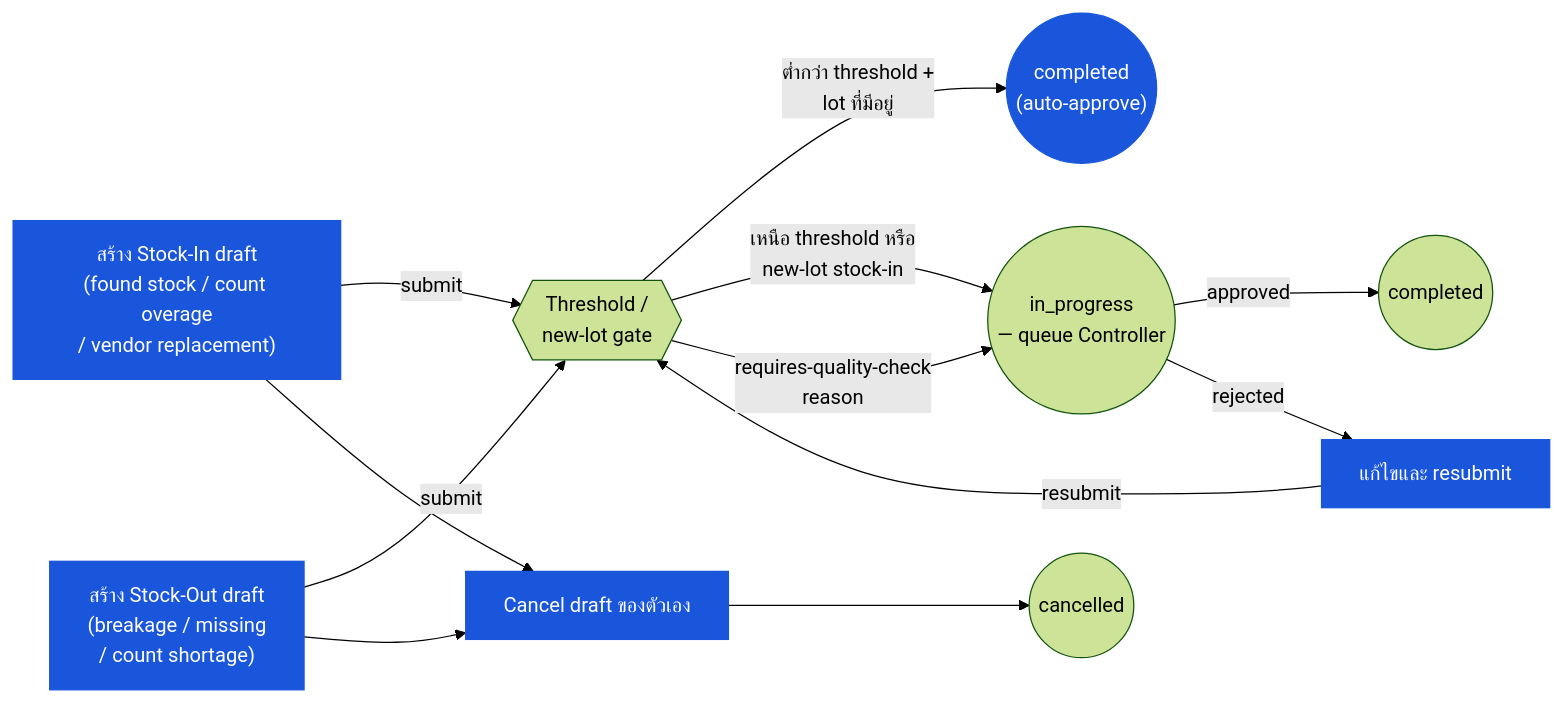
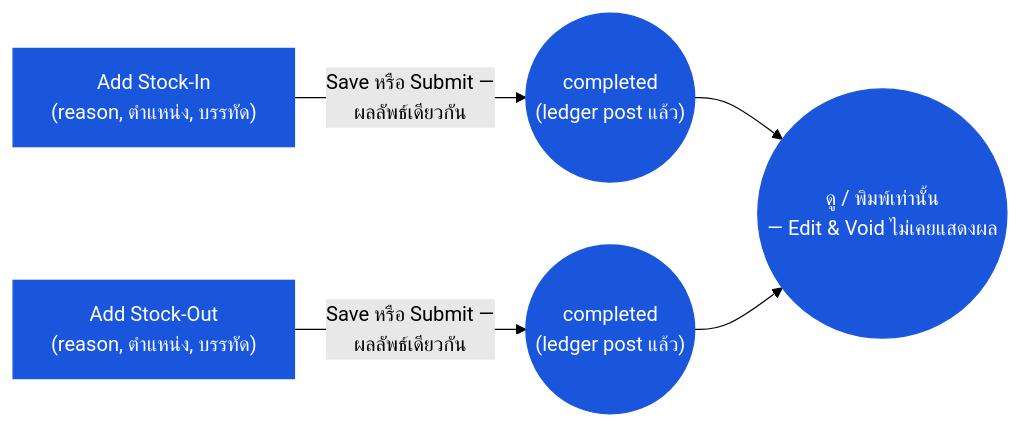
Before and after one commit to CarmenSoftware-organization/carmen-wiki: the diagram in th/inventory/inventory-adjustment/03-user-flow-store-keeper.md, drawn with Mermaid (forest theme). The commit also changed other lines of this file and 30 other files, not shown here.

````diff
--- a/th/inventory/inventory-adjustment/03-user-flow-store-keeper.md
+++ b/th/inventory/inventory-adjustment/03-user-flow-store-keeper.md
@@ -19,14 +19,8 @@
 ```mermaid
 graph LR
-    create_in["สร้าง Stock-In draft\n(found stock / count overage\n/ vendor replacement)"]:::current -->|"submit"| gate{{"Threshold /\nnew-lot gate"}}
-    create_out["สร้าง Stock-Out draft\n(breakage / missing\n/ count shortage)"]:::current -->|"submit"| gate
-    gate -->|"ต่ำกว่า threshold +\nlot ที่มีอยู่"| auto_complete(("completed\n(auto-approve)")):::current
-    gate -->|"เหนือ threshold หรือ\nnew-lot stock-in"| controller_q(("in_progress\n— queue Controller"))
-    gate -->|"requires-quality-check\nreason"| controller_q
-    controller_q -->|"approved"| completed(("completed"))
-    controller_q -->|"rejected"| amend["แก้ไขและ resubmit"]:::current
-    amend -->|"resubmit"| gate
-    create_in --> cancel_draft["Cancel draft ของตัวเอง"]:::current --> cancelled(("cancelled"))
-    create_out --> cancel_draft
+    create_in["Add Stock-In\n(reason, ตำแหน่ง, บรรทัด)"]:::current -->|"Save หรือ Submit —\nผลลัพธ์เดียวกัน"| completed_in(("completed\n(ledger post แล้ว)")):::current
+    create_out["Add Stock-Out\n(reason, ตำแหน่ง, บรรทัด)"]:::current -->|"Save หรือ Submit —\nผลลัพธ์เดียวกัน"| completed_out(("completed\n(ledger post แล้ว)")):::current
+    completed_in --> readonly(("ดู / พิมพ์เท่านั้น\n— Edit & Void ไม่เคยแสดงผล")):::current
+    completed_out --> readonly
     classDef current fill:#1a56db,color:#fff,stroke:#1a56db;
 ```
````
